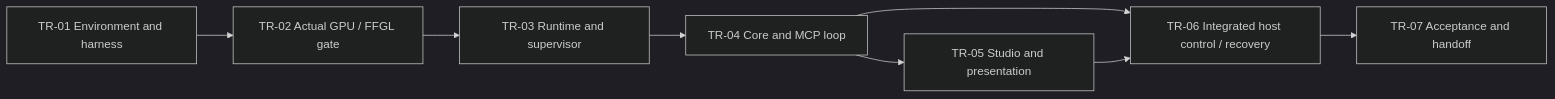
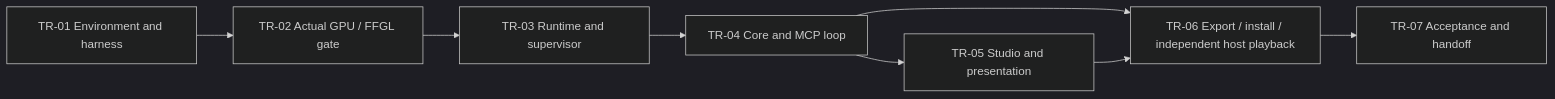
Before and after one commit to ZackMFleischman/lux: the diagram in docs/implementation/tracer-0.1.md, drawn with Mermaid (dark theme). The commit also changed other lines of this file and 12 other files, not shown here.

````diff
--- a/docs/implementation/tracer-0.1.md
+++ b/docs/implementation/tracer-0.1.md
@@ -50,10 +53,10 @@
 ```mermaid
 flowchart LR
     T1[TR-01 Environment and harness] --> T2[TR-02 Actual GPU / FFGL gate]
     T2 --> T3[TR-03 Runtime and supervisor]
     T3 --> T4[TR-04 Core and MCP loop]
     T4 --> T5[TR-05 Studio and presentation]
-    T4 --> T6[TR-06 Integrated host control / recovery]
+    T4 --> T6[TR-06 Export / install / independent host playback]
     T5 --> T6
     T6 --> T7[TR-07 Acceptance and handoff]
 ```
````
